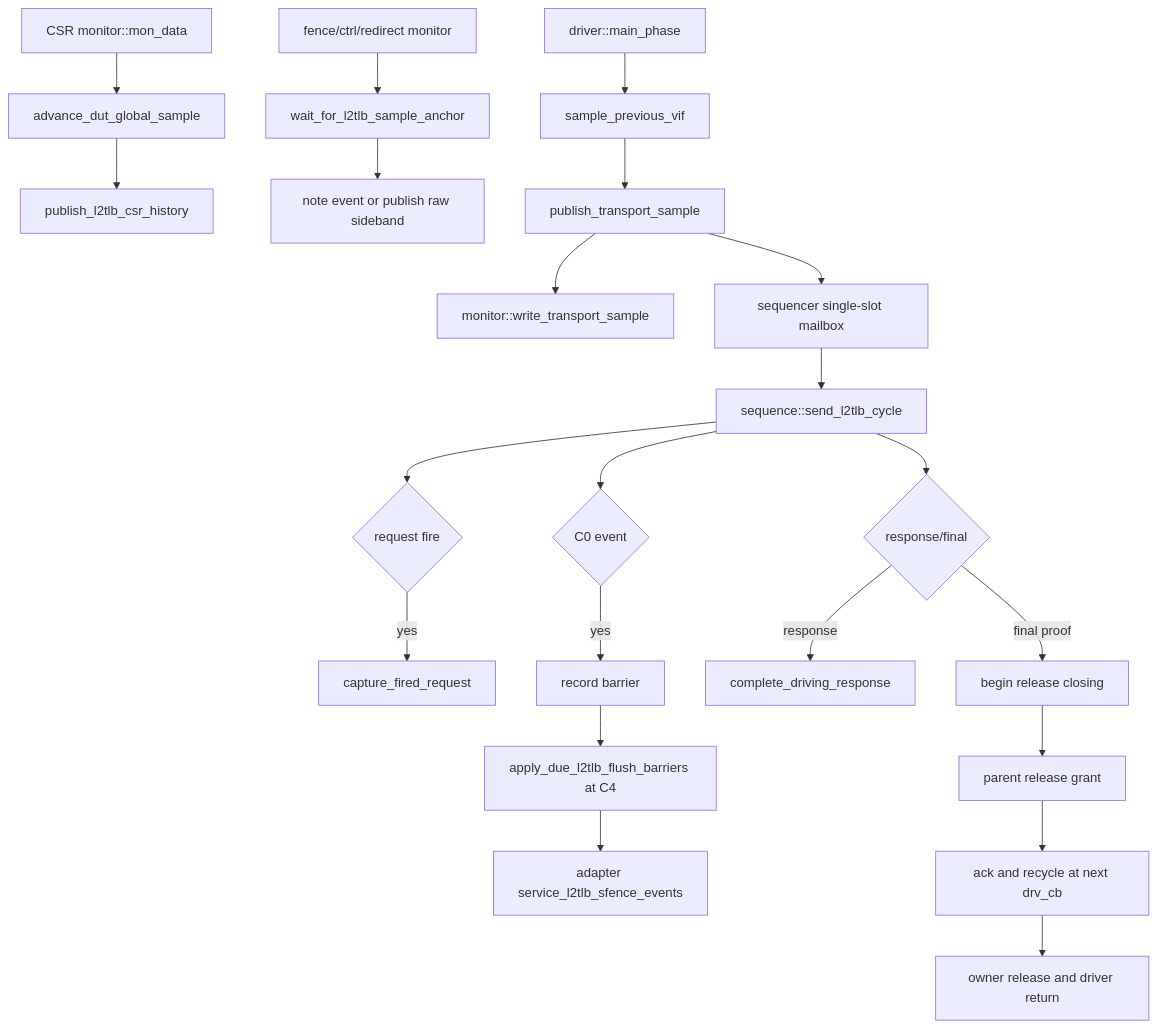
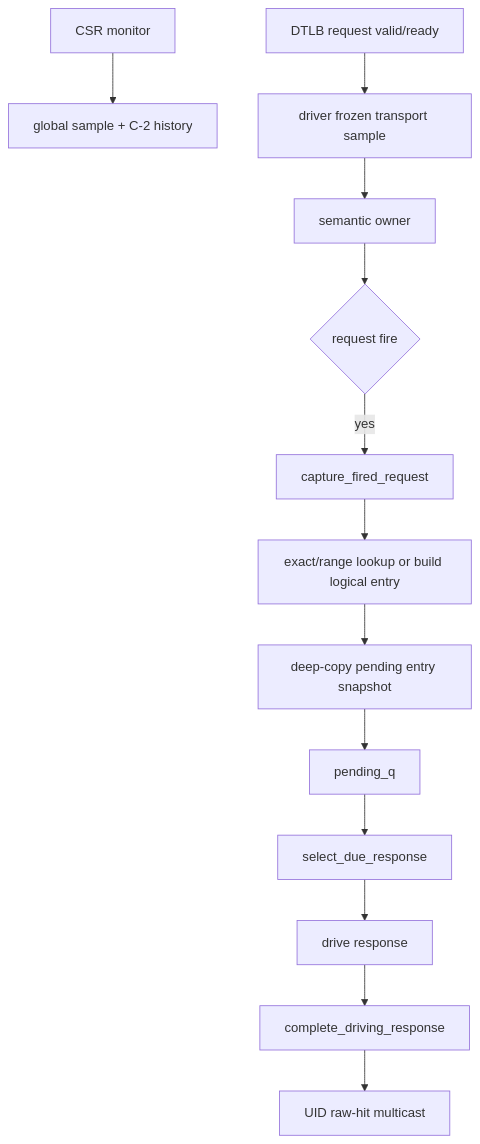
The diagram in AI_DOC/mem_ut_flow_doc/tlb_l2tlb_responder_flow.md (OpenXiangShan/XiangShan), drawn with Mermaid before and after one commit. The commit also changed other lines of this file and 17 other files, not shown here.

Commit message:
mem_ut: implement V2 SFENCE/HFENCE live entry invalidation

````diff
--- a/AI_DOC/mem_ut_flow_doc/tlb_l2tlb_responder_flow.md
+++ b/AI_DOC/mem_ut_flow_doc/tlb_l2tlb_responder_flow.md
@@ -41,24 +55,15 @@
 ```mermaid
 flowchart TD
-    A[CSR monitor::mon_data] --> B[advance_dut_global_sample]
-    B --> C[publish_l2tlb_csr_history]
-    D[fence/ctrl/redirect monitor] --> E[wait_for_l2tlb_sample_anchor]
-    E --> F[note event or publish raw sideband]
-    G[driver::main_phase] --> H[sample_previous_vif]
-    H --> I[publish_transport_sample]
-    I --> J[monitor::write_transport_sample]
-    I --> K[sequencer single-slot mailbox]
-    K --> L[sequence::send_l2tlb_cycle]
-    L --> M{request fire}
-    M -->|yes| N[capture_fired_request]
-    L --> O{C0 event}
-    O -->|yes| P[record barrier]
-    P --> Q[apply_due_l2tlb_flush_barriers at C4]
-    Q --> R[adapter service_l2tlb_sfence_events]
-    L --> S{response/final}
-    S -->|response| T[complete_driving_response]
-    S -->|final proof| U[begin release closing]
-    U --> V[parent release grant]
-    V --> W[ack and recycle at next drv_cb]
-    W --> X[owner release and driver return]
+    A[CSR monitor] --> B[global sample + C-2 history]
+    C[DTLB request valid/ready] --> D[driver frozen transport sample]
+    D --> E[semantic owner]
+    E --> F{request fire}
+    F -->|yes| G[capture_fired_request]
+    G --> H[exact/range lookup or build logical entry]
+    H --> I[deep-copy pending entry snapshot]
+    I --> J[pending_q]
+    J --> K[select_due_response]
+    K --> L[drive response]
+    L --> M[complete_driving_response]
+    M --> N[UID raw-hit multicast]
 ```
````
